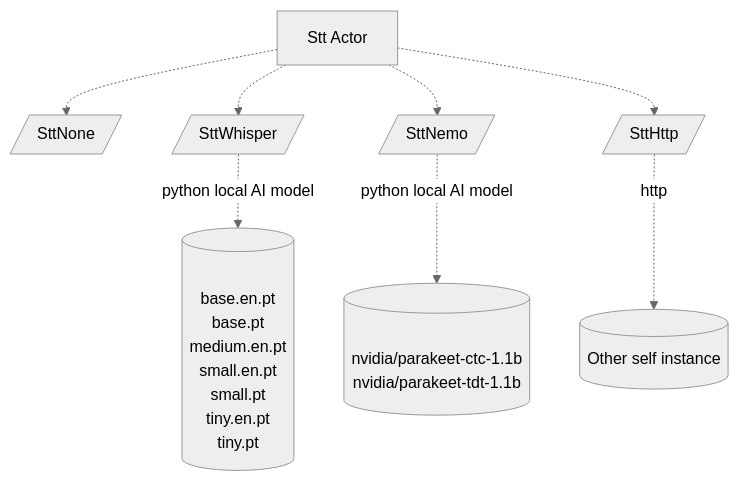
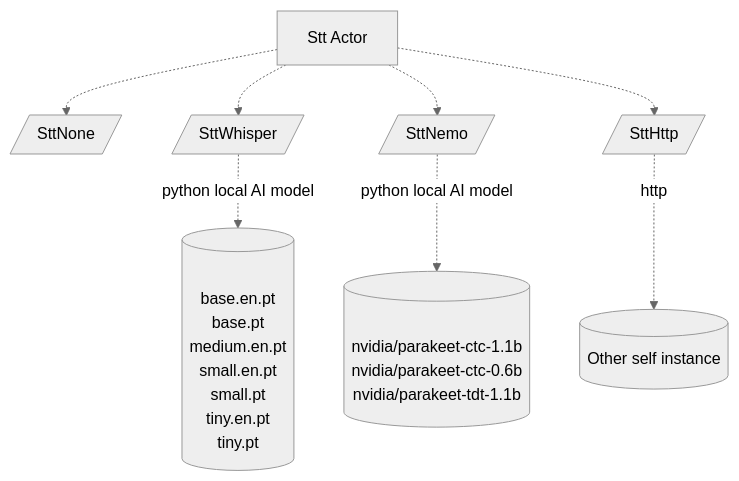
The fifth of 7 diagrams in app/speech-recognition-whisper/README.md (sghpjuikit/player), drawn with Mermaid (neutral theme) before and after one commit. The commit also changed 3 other files, not shown here.

Commit message:
Implement support for nvidia/parakeet-ctc-0.6b

````diff
--- a/app/speech-recognition-whisper/README.md
+++ b/app/speech-recognition-whisper/README.md
@@ -103,11 +103,11 @@
 ```mermaid
 flowchart TD
   STTX[Stt Actor]
   STTX     -.-> STTX0[/SttNone/]
   STTX     -.-> STTX1[/SttWhisper/]
   STTX     -.-> STTX2[/SttNemo/]
   STTX     -.-> STTX3[/SttHttp/]
   STTX1    -.->|python local AI model| STTXX1[(\nbase.en.pt\nbase.pt\nmedium.en.pt\nsmall.en.pt\nsmall.pt\ntiny.en.pt\ntiny.pt)]
-  STTX2    -.->|python local AI model| STTXX2[(\nnvidia/parakeet-ctc-1.1b\nnvidia/parakeet-tdt-1.1b)]
+  STTX2    -.->|python local AI model| STTXX2[(\nnvidia/parakeet-ctc-1.1b\nnvidia/parakeet-ctc-0.6b\nnvidia/parakeet-tdt-1.1b)]
   STTX3    -.->|http| STTXX4[(Other self instance)]
 ```
````
